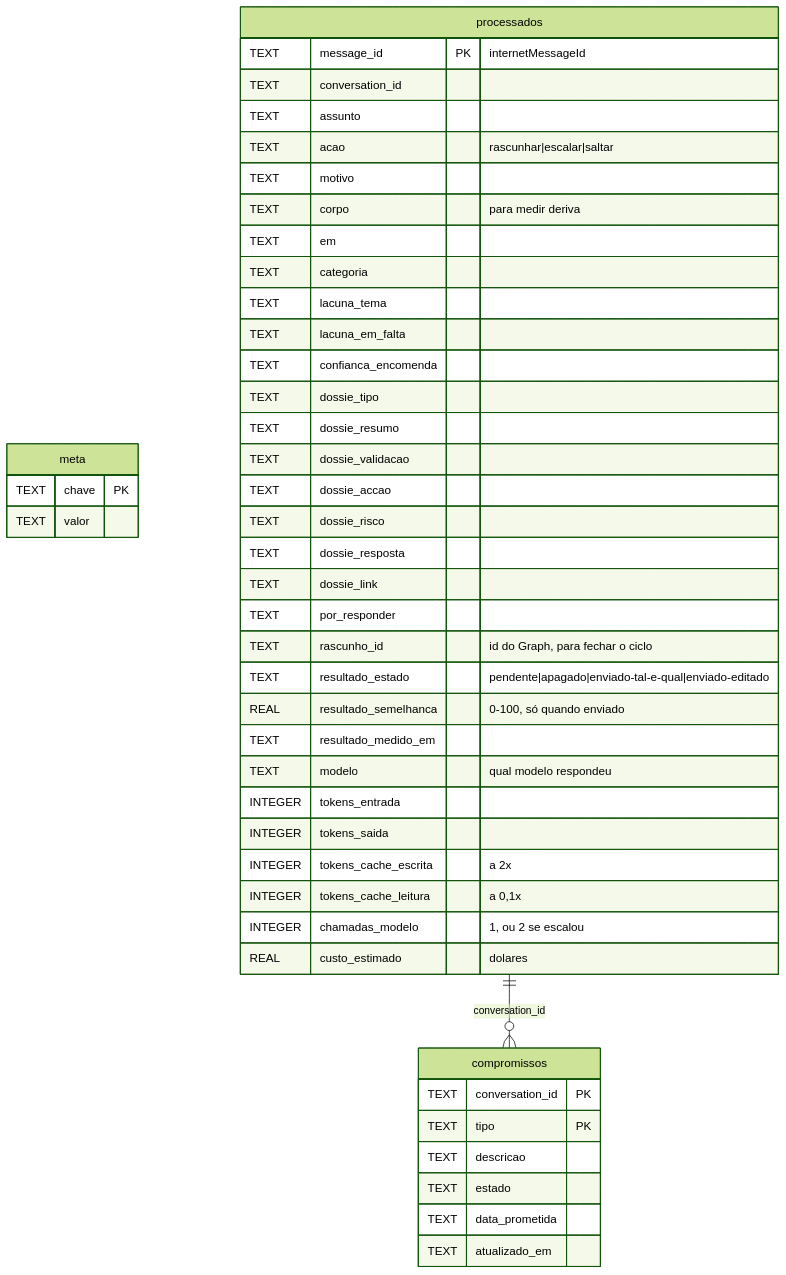
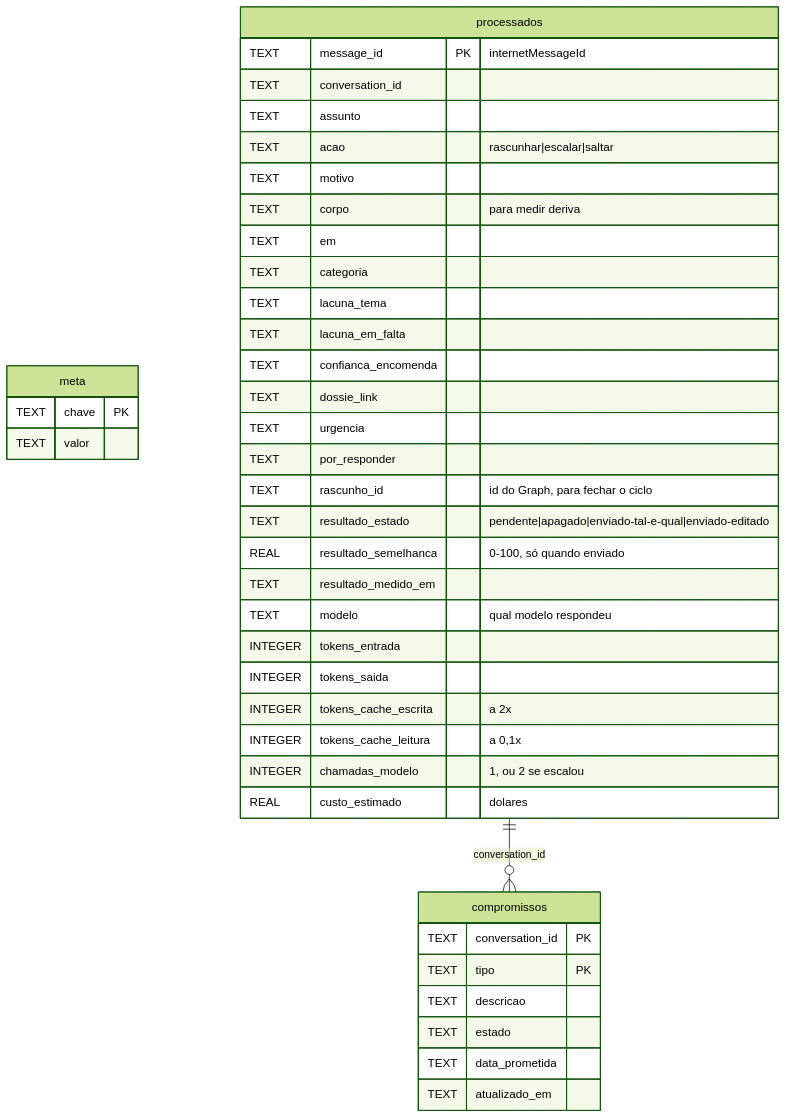
Before and after one commit to joaocarvalhini/Outlook-Reply-Assistant: the third of 5 diagrams in docs/02-architecture/data-flow.md, drawn with Mermaid (forest theme). The commit also changed other lines of this file and 21 other files, not shown here.

````diff
--- a/docs/02-architecture/data-flow.md
+++ b/docs/02-architecture/data-flow.md
@@ -114,48 +114,43 @@
 ```mermaid
 erDiagram
     meta {
         TEXT chave PK
         TEXT valor
     }
     processados {
         TEXT message_id PK "internetMessageId"
         TEXT conversation_id
         TEXT assunto
         TEXT acao "rascunhar|escalar|saltar"
         TEXT motivo
         TEXT corpo "para medir deriva"
         TEXT em
         TEXT categoria
         TEXT lacuna_tema
         TEXT lacuna_em_falta
         TEXT confianca_encomenda
-        TEXT dossie_tipo
-        TEXT dossie_resumo
-        TEXT dossie_validacao
-        TEXT dossie_accao
-        TEXT dossie_risco
-        TEXT dossie_resposta
         TEXT dossie_link
+        TEXT urgencia
         TEXT por_responder
         TEXT rascunho_id "id do Graph, para fechar o ciclo"
         TEXT resultado_estado "pendente|apagado|enviado-tal-e-qual|enviado-editado"
         REAL resultado_semelhanca "0-100, só quando enviado"
         TEXT resultado_medido_em
         TEXT modelo "qual modelo respondeu"
         INTEGER tokens_entrada
         INTEGER tokens_saida
         INTEGER tokens_cache_escrita "a 2x"
         INTEGER tokens_cache_leitura "a 0,1x"
         INTEGER chamadas_modelo "1, ou 2 se escalou"
         REAL custo_estimado "dolares"
     }
     compromissos {
         TEXT conversation_id PK
         TEXT tipo PK
         TEXT descricao
         TEXT estado
         TEXT data_prometida
         TEXT atualizado_em
     }
     processados ||--o{ compromissos : "conversation_id"
 ```
````
